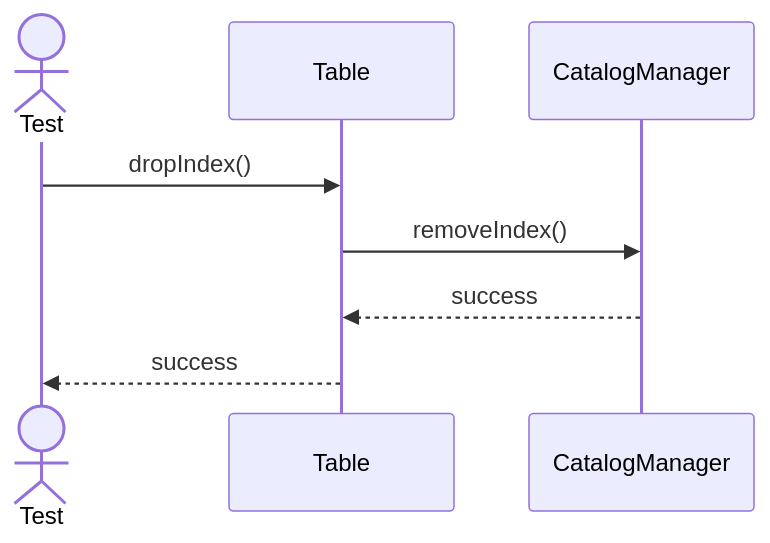
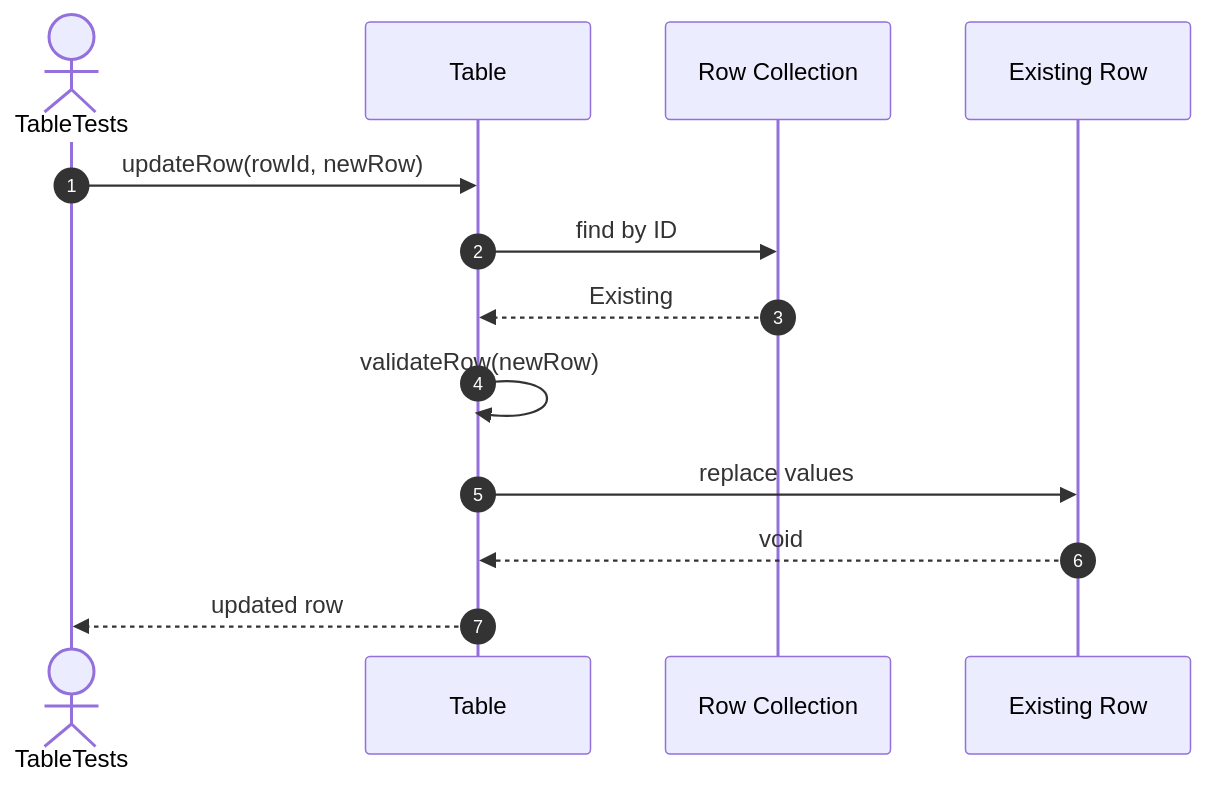
Before and after one commit to FhuAnn/-bbv-AN-s-DBMS: diagram 12 of 20 in src/tests/unit/metadata/sequences/tables-testing.se.md, drawn with Mermaid. The commit also changed other lines of this file and 60 other files, not shown here.

Commit message:
refactor data table, row, column, constraint, index test file

````diff
--- a/src/tests/unit/metadata/sequences/tables-testing.se.md
+++ b/src/tests/unit/metadata/sequences/tables-testing.se.md
@@ -240,14 +213,16 @@
 ```mermaid
 sequenceDiagram
-actor Test
-participant Table
-participant CatalogManager
+    autonumber
+    actor Test as TableTests
+    participant Table as Table
+    participant Rows as Row Collection
+    participant Existing as Existing Row
 
-Test->>Table: dropIndex()
-
-Table->>CatalogManager: removeIndex()
-
-CatalogManager-->>Table: success
-
-Table-->>Test: success
+    Test->>Table: updateRow(rowId, newRow)
+    Table->>Rows: find by ID
+    Rows-->>Table: Existing
+    Table->>Table: validateRow(newRow)
+    Table->>Existing: replace values
+    Existing-->>Table: void
+    Table-->>Test: updated row
 ```
````
